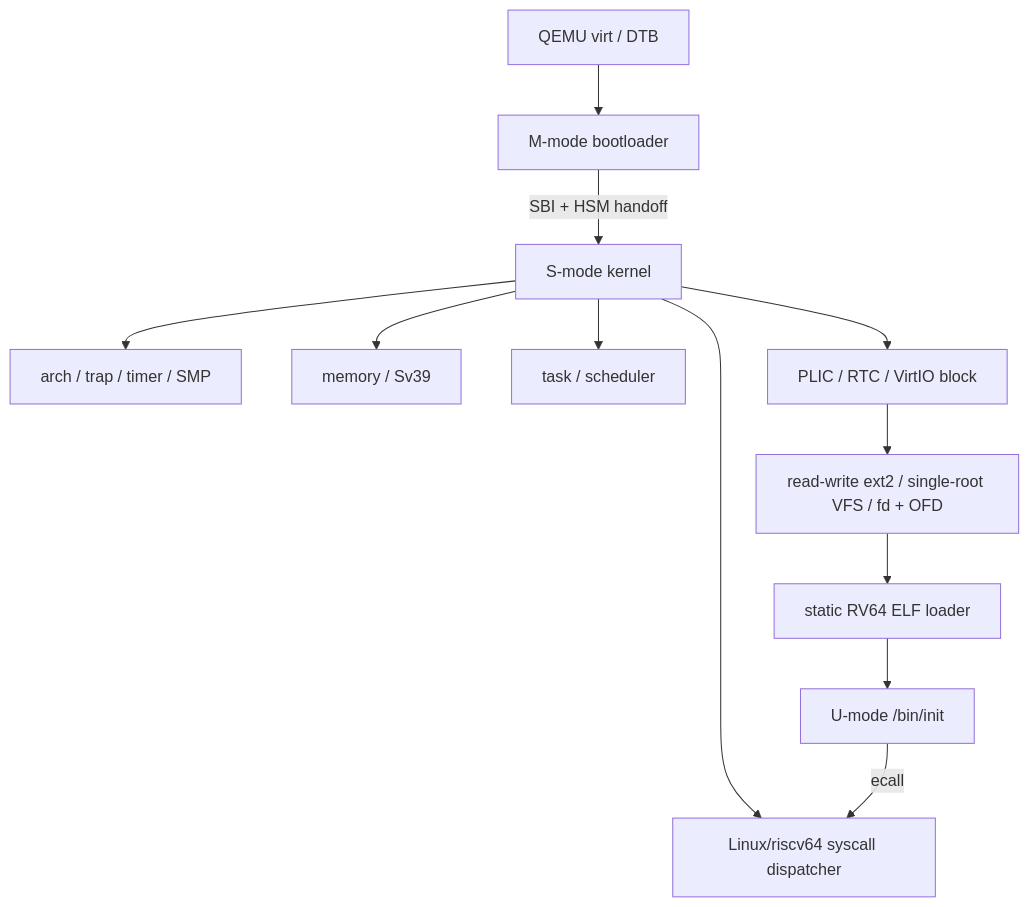
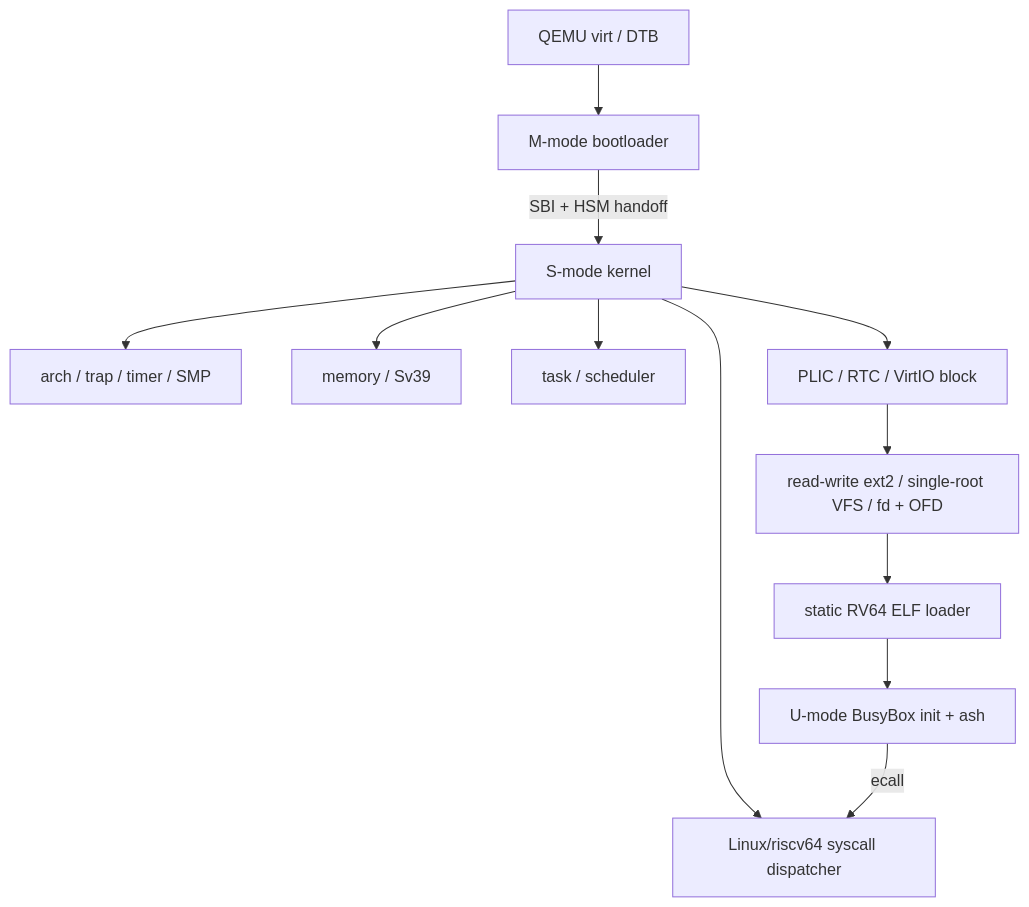
The diagram in docs/architecture.md (gitwillsky/lite_os), drawn with Mermaid before and after one commit. The commit also changed other lines of this file and 20 other files, not shown here.

Commit message:
feat(userspace): make BusyBox the only rootfs

````diff
--- a/docs/architecture.md
+++ b/docs/architecture.md
@@ -20,14 +20,14 @@
 ```mermaid
 flowchart TD
     Q["QEMU virt / DTB"] --> B["M-mode bootloader"]
     B -->|"SBI + HSM handoff"| K["S-mode kernel"]
     K --> A["arch / trap / timer / SMP"]
     K --> M["memory / Sv39"]
     K --> T["task / scheduler"]
     K --> D["PLIC / RTC / VirtIO block"]
     D --> F["read-write ext2 / single-root VFS / fd + OFD"]
     K --> S["Linux/riscv64 syscall dispatcher"]
     F --> E["static RV64 ELF loader"]
-    E --> U["U-mode /bin/init"]
+    E --> U["U-mode BusyBox init + ash"]
     U -->|"ecall"| S
 ```
````
